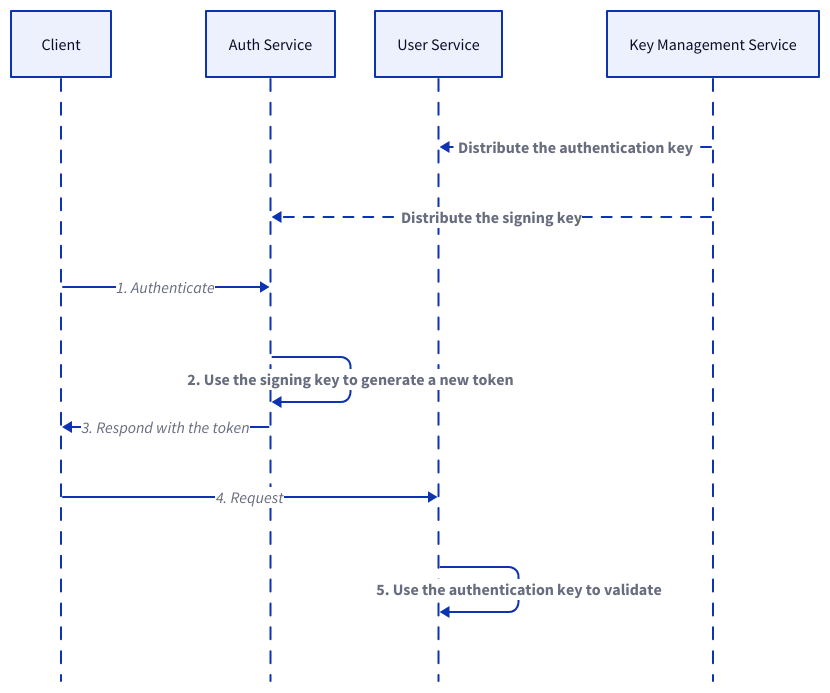
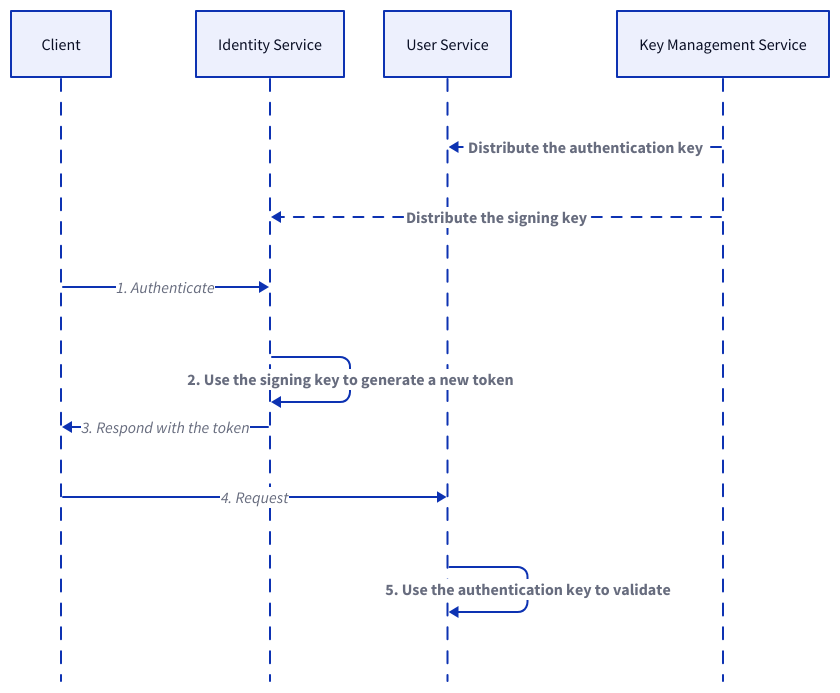
Before and after one commit to link1905/system-design-101: the fifth of 25 diagrams in content/docs/system-administration/system-protection/iam.md, drawn with D2. The commit also changed other lines of this file and 9 other files, not shown here.

````diff
--- a/content/docs/system-administration/system-protection/iam.md
+++ b/content/docs/system-administration/system-protection/iam.md
@@ -250,34 +231,33 @@
 ```d2
 shape: sequence_diagram
-
 c: Client {
     class: client
 }
-a: Auth Service {
+a: Identity Service {
     class: server
 }
 o: User Service {
     class: server
 }
 k: Key Management Service {
     class: kms
 }
 
 k -> o: Distribute the authentication key {
     style.animated: true
     style.bold: true
 }
 k -> a: Distribute the signing key {
     style.animated: true
     style.bold: true
 }
 c -> a: 1. Authenticate
 a -> a: 2. Use the signing key to generate a new token {
     style.bold: true
 }
 a -> c: 3. Respond with the token
 c -> o: 4. Request
 o -> o: 5. Use the authentication key to validate {
     style.bold: true
 }
 ```
````
